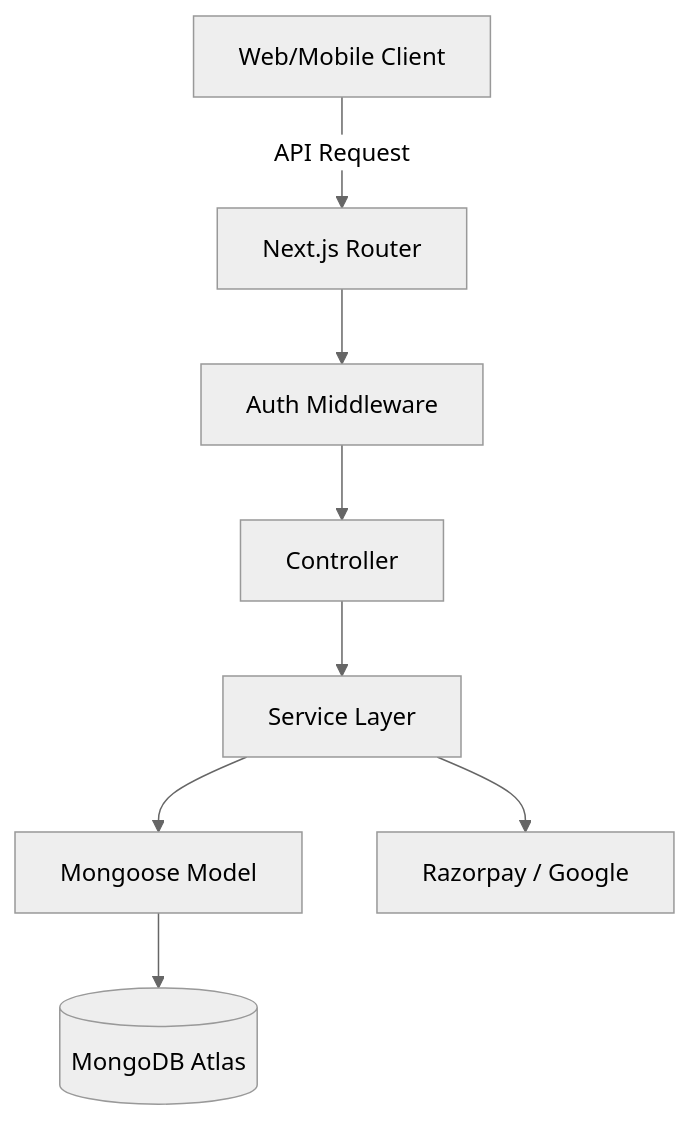
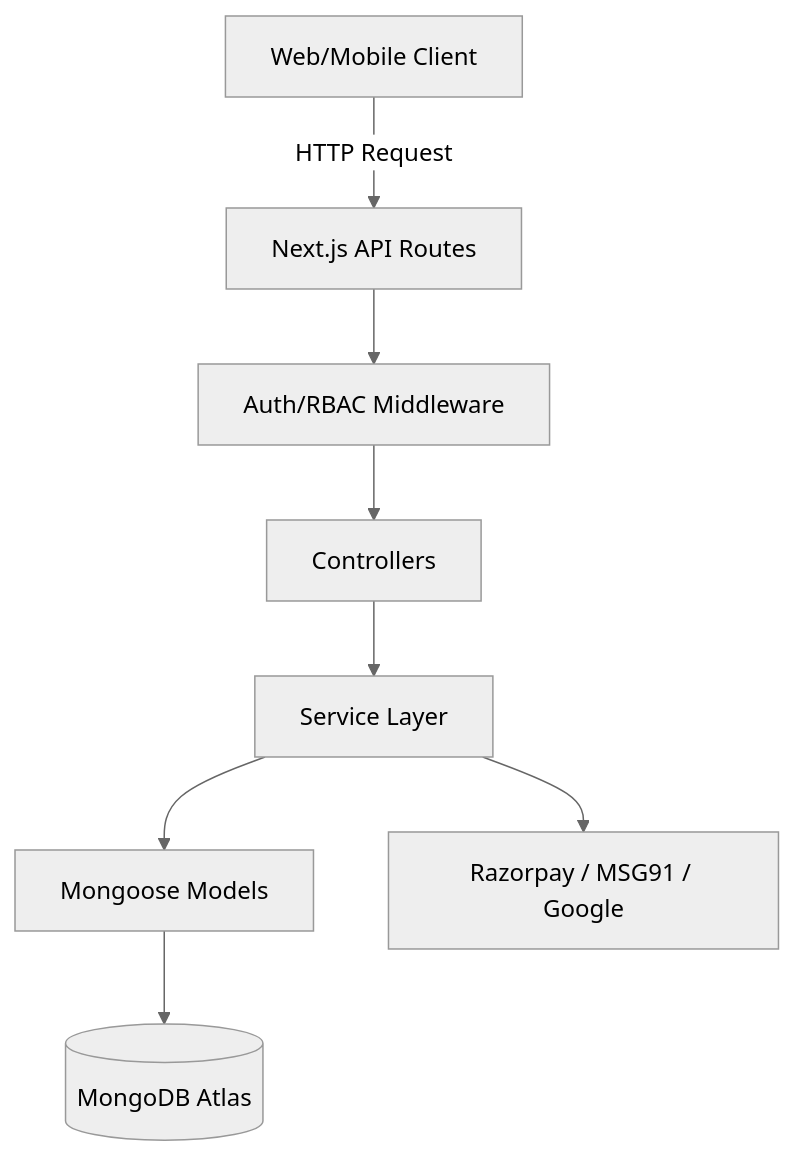
Before and after one commit to ermradulsharma/pahadigo: the diagram in ARCHITECTURE.md, drawn with Mermaid (neutral theme). The commit also changed other lines of this file and 10 other files, not shown here.

````diff
--- a/ARCHITECTURE.md
+++ b/ARCHITECTURE.md
@@ -34,10 +44,10 @@
 ```mermaid
 graph TD
-    Client[Web/Mobile Client] -->|API Request| Router[Next.js Router]
-    Router --> Middleware[Auth Middleware]
-    Middleware --> Controller[Controller]
+    Client[Web/Mobile Client] -->|HTTP Request| APIRouter[Next.js API Routes]
+    APIRouter --> Middleware[Auth/RBAC Middleware]
+    Middleware --> Controller[Controllers]
     Controller --> Service[Service Layer]
-    Service --> Model[Mongoose Model]
+    Service --> Model[Mongoose Models]
     Model --> DB[(MongoDB Atlas)]
-    Service --> ThirdParty[Razorpay / Google]
+    Service --> ThirdParty[Razorpay / MSG91 / Google]
 ```
````
